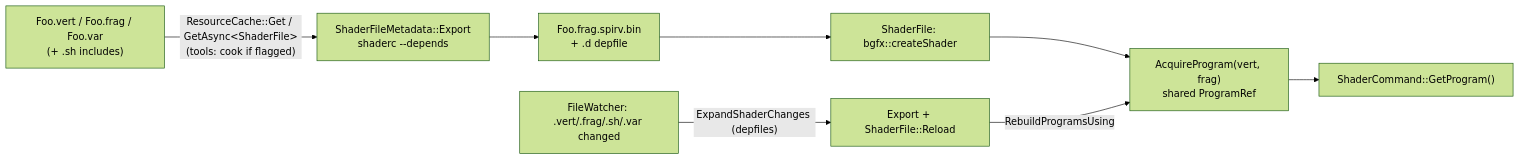
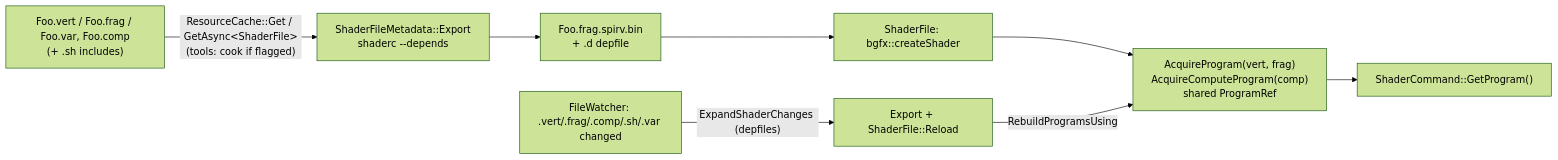
One commit to wobbier/MitchEngine changed the second of 2 diagrams in Docs/Materials-and-Shaders.md. Above: the diagram before and after it, drawn with Mermaid (forest theme). The commit also changed other lines of this file and 22 other files, not shown here.

First line of the commit message:
🧮 Compute shaders: a .comp stage through the compiler, cook and hot reload; AcquireComputeProgram and a Compute feature cap

````diff
--- a/Docs/Materials-and-Shaders.md
+++ b/Docs/Materials-and-Shaders.md
@@ -152,10 +152,10 @@
 ```mermaid
 flowchart LR
-    S["Foo.vert / Foo.frag / Foo.var<br/>(+ .sh includes)"] -->|"ResourceCache::Get / GetAsync&lt;ShaderFile&gt;<br/>(tools: cook if flagged)"| E["ShaderFileMetadata::Export<br/>shaderc --depends"]
+    S["Foo.vert / Foo.frag / Foo.var, Foo.comp<br/>(+ .sh includes)"] -->|"ResourceCache::Get / GetAsync&lt;ShaderFile&gt;<br/>(tools: cook if flagged)"| E["ShaderFileMetadata::Export<br/>shaderc --depends"]
     E --> B["Foo.frag.spirv.bin<br/>+ .d depfile"]
     B --> SF["ShaderFile: bgfx::createShader"]
-    SF --> REG["AcquireProgram(vert, frag)<br/>shared ProgramRef"]
+    SF --> REG["AcquireProgram(vert, frag)<br/>AcquireComputeProgram(comp)<br/>shared ProgramRef"]
     REG --> SC["ShaderCommand::GetProgram()"]
-    W["FileWatcher: .vert/.frag/.sh/.var changed"] -->|"ExpandShaderChanges (depfiles)"| HR["Export + ShaderFile::Reload"]
+    W["FileWatcher: .vert/.frag/.comp/.sh/.var changed"] -->|"ExpandShaderChanges (depfiles)"| HR["Export + ShaderFile::Reload"]
     HR -->|"RebuildProgramsUsing"| REG
 ```
````
